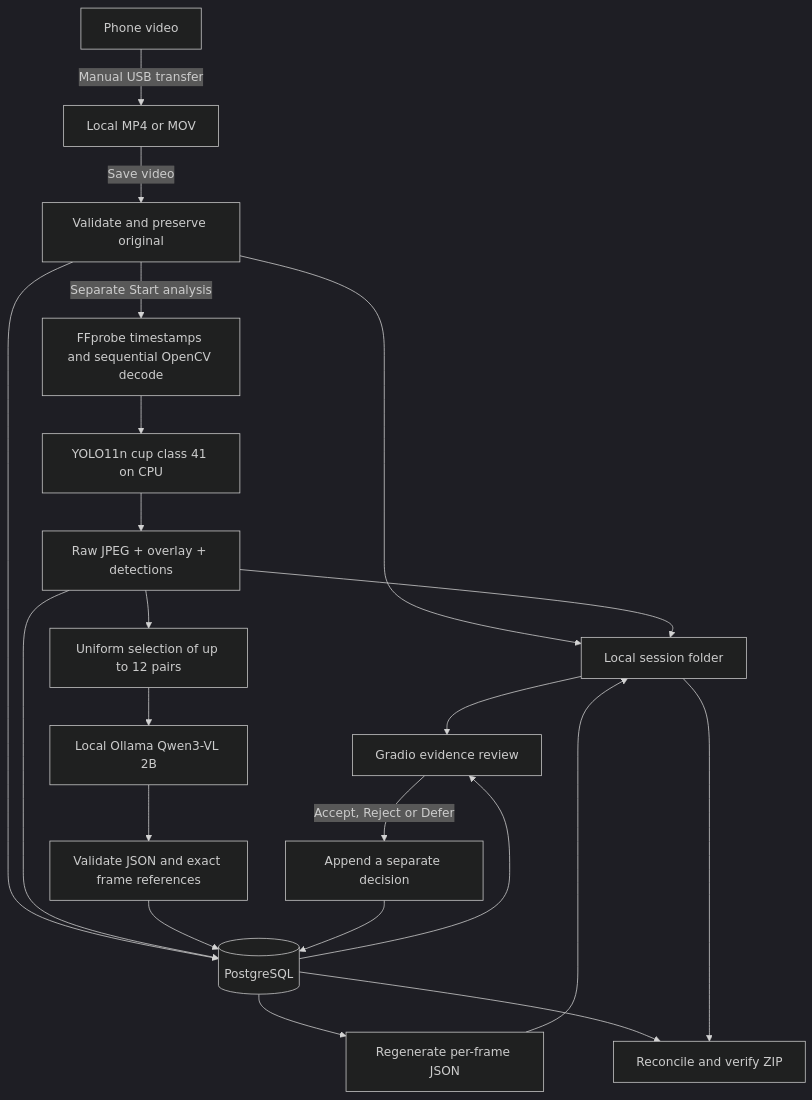
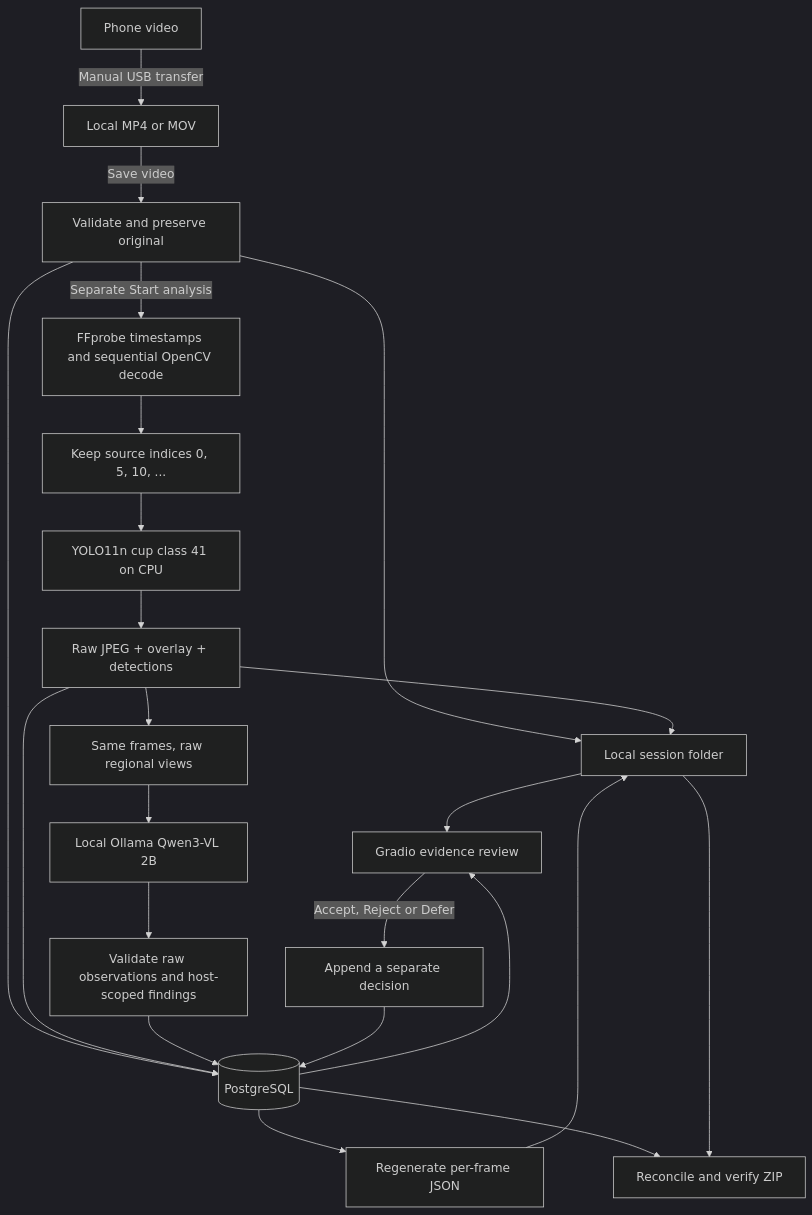
Before and after one commit to YousefAlSalqan/vlm-cnn-auditor: the first of 2 diagrams in docs/V1_GUIDE.md, drawn with Mermaid (dark theme). The commit also changed other lines of this file and 22 other files, not shown here.

Commit message:
Enable regional cup review on every fifth source frame

````diff
--- a/docs/V1_GUIDE.md
+++ b/docs/V1_GUIDE.md
@@ -19,24 +19,25 @@
 ```mermaid
 flowchart TD
     Phone[Phone video] -->|Manual USB transfer| Local[Local MP4 or MOV]
     Local -->|Save video| Upload[Validate and preserve original]
     Upload --> Disk[Local session folder]
     Upload --> DB[(PostgreSQL)]
     Upload -->|Separate Start analysis| Decode[FFprobe timestamps and sequential OpenCV decode]
-    Decode --> YOLO[YOLO11n cup class 41 on CPU]
+    Decode --> Stride[Keep source indices 0, 5, 10, ...]
+    Stride --> YOLO[YOLO11n cup class 41 on CPU]
     YOLO --> Pairs[Raw JPEG + overlay + detections]
     Pairs --> Disk
     Pairs --> DB
-    Pairs --> Select[Uniform selection of up to 12 pairs]
-    Select --> Qwen[Local Ollama Qwen3-VL 2B]
-    Qwen --> Strict[Validate JSON and exact frame references]
+    Pairs --> Regions[Same frames, raw regional views]
+    Regions --> Qwen[Local Ollama Qwen3-VL 2B]
+    Qwen --> Strict[Validate raw observations and host-scoped findings]
     Strict --> DB
     DB --> JSON[Regenerate per-frame JSON]
     JSON --> Disk
     DB --> UI[Gradio evidence review]
     Disk --> UI
     UI -->|Accept, Reject or Defer| Decisions[Append a separate decision]
     Decisions --> DB
     DB --> Export[Reconcile and verify ZIP]
     Disk --> Export
 ```
````
